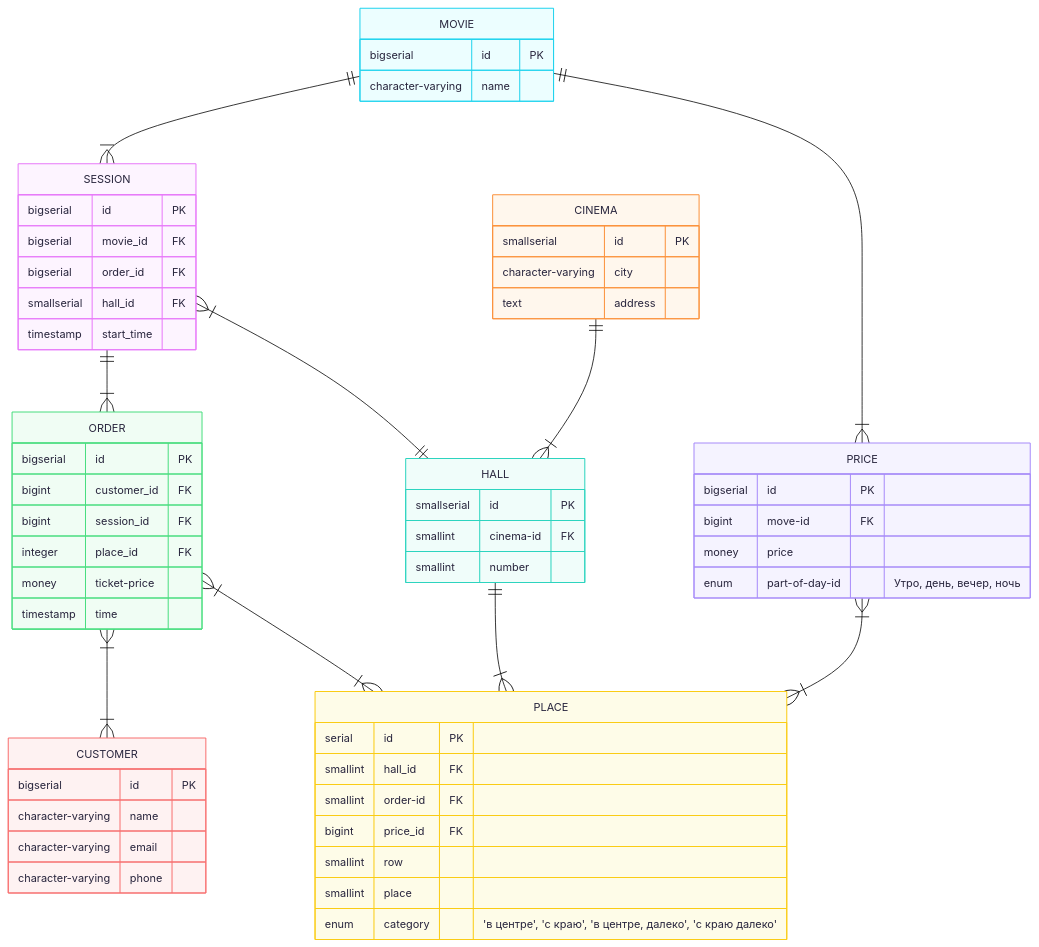
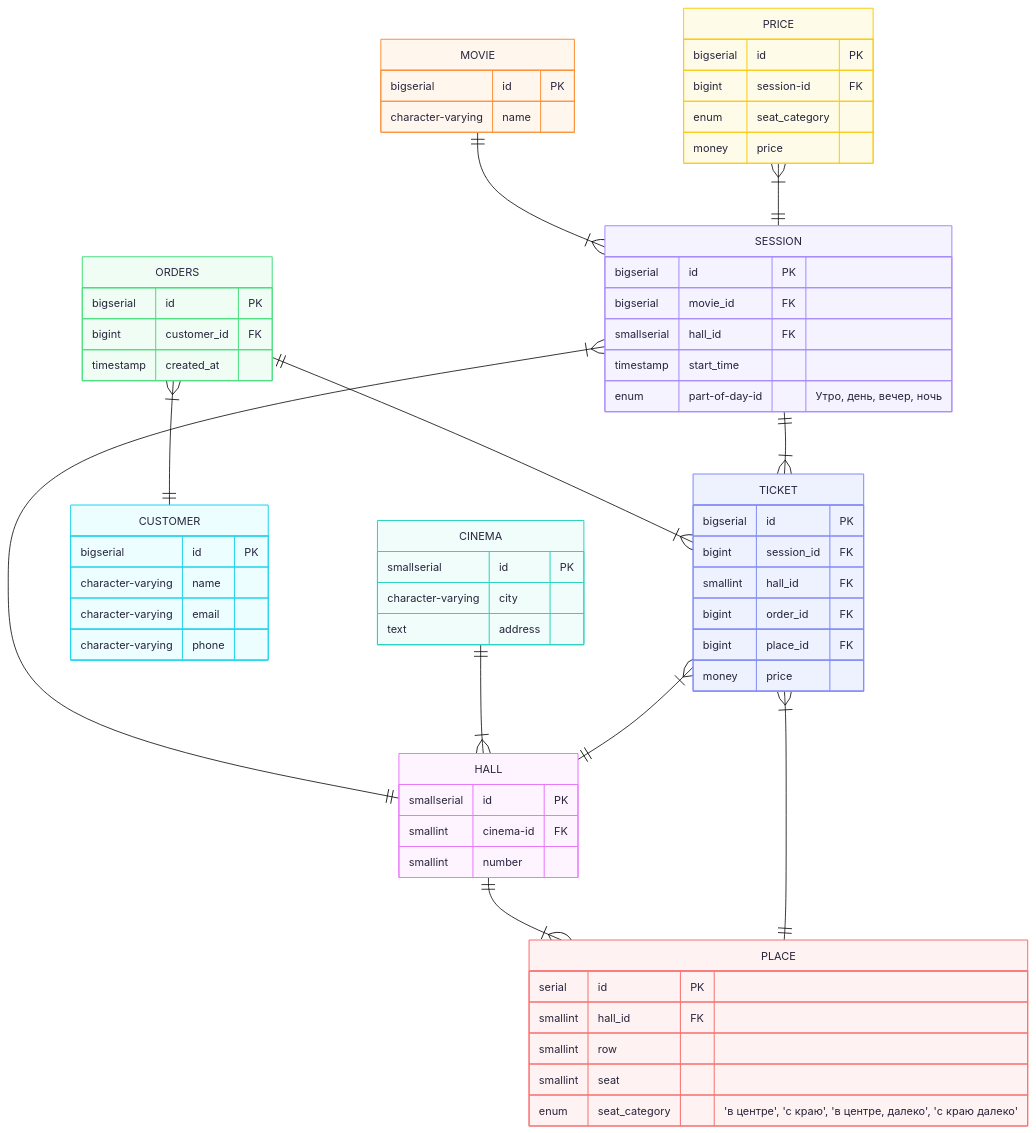
One commit to otusteamedu/PHP_2025 changed the diagram in cinema.mmd. Above: the diagram before and after it, drawn with Mermaid. The commit also changed 1 other file, not shown here.

Commit message:
feat: Updated schema

```diff
--- a/cinema.mmd
+++ b/cinema.mmd
@@ -1,74 +1,79 @@
 ---
 config:
   theme: redux-color
   layout: dagre
 ---
 erDiagram
 	direction TB
-	SESSION {
-		bigserial id PK ""
-		bigserial movie_id FK ""
-		bigserial order_id FK ""
-		smallserial hall_id FK ""
-		timestamp start_time  ""
-	}
-
 	HALL {
 		smallserial id PK ""
 		smallint cinema-id FK ""
 		smallint number  ""
 	}
 
 	CINEMA {
 		smallserial id PK ""
 		character-varying city  ""
 		text address  ""
 	}
 
 	MOVIE {
 		bigserial id PK ""
 		character-varying name  ""
 	}
 
-	ORDER {
-		bigserial id PK ""
-		bigint customer_id FK ""
-		bigint session_id FK ""
-		integer place_id FK ""
-		money ticket-price  ""
-		timestamp time  ""
-	}
-
-	PRICE {
-		bigserial id PK ""
-		bigint move-id FK ""
-		money price  ""
-		enum part-of-day-id  "Утро, день, вечер, ночь"
-	}
-
 	CUSTOMER {
 		bigserial id PK ""
 		character-varying name  ""
 		character-varying email  ""
 		character-varying phone  ""
 	}
 
+	ORDERS {
+		bigserial id PK ""
+		bigint customer_id FK ""
+		timestamp created_at  ""
+	}
+
+	SESSION {
+		bigserial id PK ""
+		bigserial movie_id FK ""
+		smallserial hall_id FK ""
+		timestamp start_time  ""
+		enum part-of-day-id  "Утро, день, вечер, ночь"
+	}
+
 	PLACE {
 		serial id PK ""
 		smallint hall_id FK ""
-		smallint order-id FK ""
-		bigint price_id FK ""
 		smallint row  ""
-		smallint place  ""
-		enum category  "'в центре', 'с краю', 'в центре, далеко', 'с краю далеко'"
+		smallint seat  ""
+		enum seat_category  "'в центре', 'с краю', 'в центре, далеко', 'с краю далеко'"
+	}
+
+	PRICE {
+		bigserial id PK ""
+		bigint session-id FK ""
+		enum seat_category  ""
+		money price  ""
+	}
+
+	TICKET {
+		bigserial id PK ""
+		bigint session_id FK ""
+		smallint hall_id FK ""
+		bigint order_id FK ""
+		bigint place_id FK ""
+		money price  ""
 	}
 
 	HALL||--|{PLACE:"  "
-	ORDER}|--|{CUSTOMER:"  "
-	SESSION||--|{ORDER:"  "
+	ORDERS}|--||CUSTOMER:"  "
 	MOVIE||--|{SESSION:"  "
 	SESSION}|--||HALL:"  "
-	ORDER}|--|{PLACE:"  "
 	CINEMA||--|{HALL:"  "
-	PRICE}|--|{PLACE:"  "
-	MOVIE||--|{PRICE:"  "
+	TICKET}|--||PLACE:"  "
+	ORDERS||--|{TICKET:"  "
+	SESSION||--|{TICKET:"  "
+	PRICE}|--||SESSION:"  "
+	TICKET}|--||HALL:"  "
```
